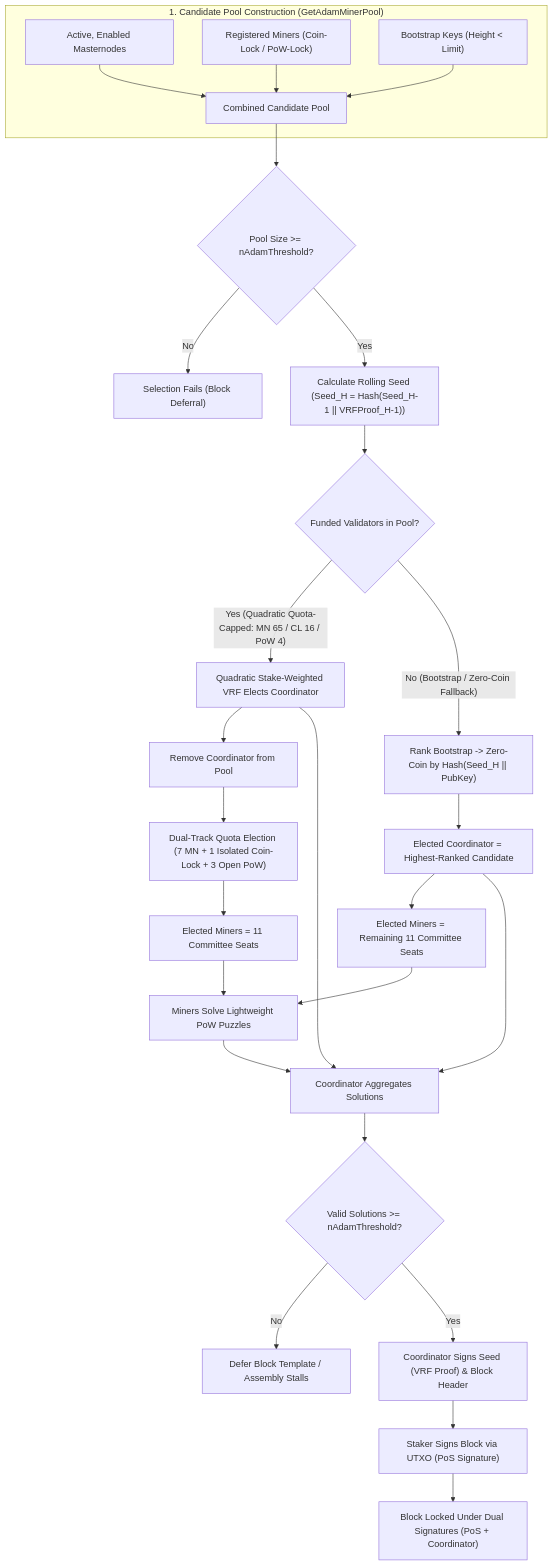
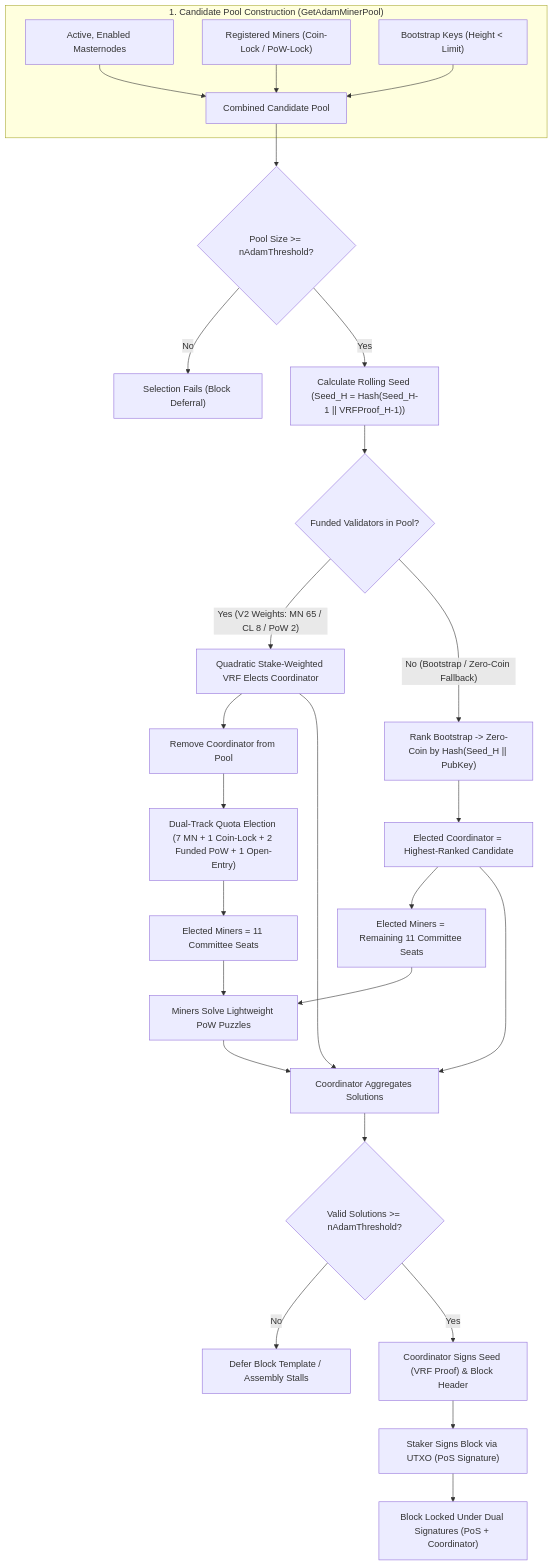
The diagram in doc/A Decentralized Approach Model (ADAM).md (bedri/KristaTech-KRISTA), drawn with Mermaid before and after one commit. The commit also changed other lines of this file and 102 other files, not shown here.

````diff
--- a/doc/A Decentralized Approach Model (ADAM).md
+++ b/doc/A Decentralized Approach Model (ADAM).md
@@ -168,43 +168,43 @@
 ```mermaid
 graph TD
     %% Pool Construction
     subgraph Pool_Construction ["1. Candidate Pool Construction (GetAdamMinerPool)"]
         A1["Active, Enabled Masternodes"] --> A4["Combined Candidate Pool"]
         A2["Registered Miners (Coin-Lock / PoW-Lock)"] --> A4
         A3["Bootstrap Keys (Height < Limit)"] --> A4
     end
 
     %% Validation & Seed Calculation
     A4 --> B{"Pool Size >= nAdamThreshold?"}
     B -- "No" --> C["Selection Fails (Block Deferral)"]
     B -- "Yes" --> D["Calculate Rolling Seed (Seed_H = Hash(Seed_H-1 || VRFProof_H-1))"]
 
     %% Election Rules
     D --> E{"Funded Validators in Pool?"}
     
     %% Funded Quadratic Stake-Weighted VRF
-    E -- "Yes (Quadratic Quota-Capped: MN 65 / CL 16 / PoW 4)" --> F1["Quadratic Stake-Weighted VRF Elects Coordinator"]
+    E -- "Yes (V2 Weights: MN 65 / CL 8 / PoW 2)" --> F1["Quadratic Stake-Weighted VRF Elects Coordinator"]
     F1 --> F3["Remove Coordinator from Pool"]
-    F3 --> F4["Dual-Track Quota Election (7 MN + 1 Isolated Coin-Lock + 3 Open PoW)"]
+    F3 --> F4["Dual-Track Quota Election (7 MN + 1 Coin-Lock + 2 Funded PoW + 1 Open-Entry)"]
     F4 --> F5["Elected Miners = 11 Committee Seats"]
     
     %% Bootstrap / Zero-Coin Fallback
     E -- "No (Bootstrap / Zero-Coin Fallback)" --> G1["Rank Bootstrap -> Zero-Coin by Hash(Seed_H || PubKey)"]
     G1 --> G3["Elected Coordinator = Highest-Ranked Candidate"]
     G3 --> G2["Elected Miners = Remaining 11 Committee Seats"]
 
     %% Execution Phase
     F5 --> H["Miners Solve Lightweight PoW Puzzles"]
     G2 --> H
     
     H --> I["Coordinator Aggregates Solutions"]
     F1 --> I
     G3 --> I
     
     I --> J{"Valid Solutions >= nAdamThreshold?"}
     J -- "No" --> K["Defer Block Template / Assembly Stalls"]
     
     J -- "Yes" --> L["Coordinator Signs Seed (VRF Proof) & Block Header"]
     L --> M["Staker Signs Block via UTXO (PoS Signature)"]
     M --> N["Block Locked Under Dual Signatures (PoS + Coordinator)"]
 ```
````
